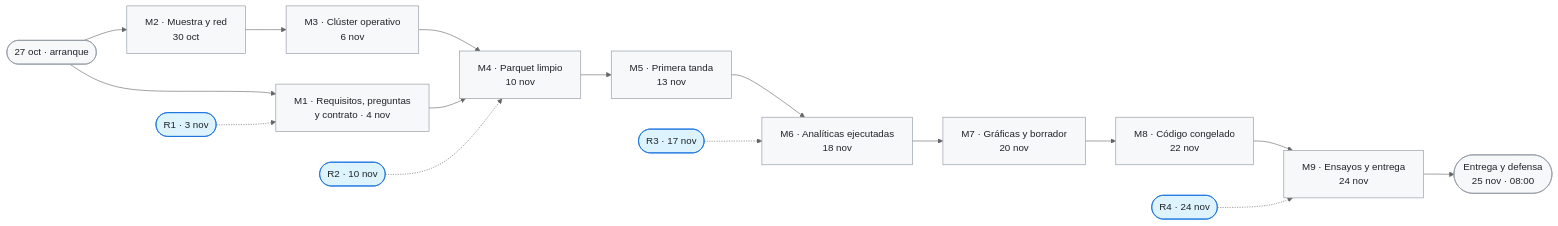
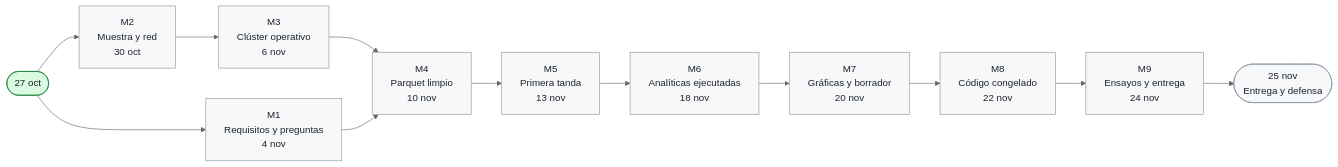
The third of 3 diagrams in issues.md (albertxestrada/BigData-OpenFoodFacts), drawn with Mermaid (neutral theme) before and after one commit. The commit also changed other lines of this file, not shown here.

First line of the commit message:
Simplificar issues.md: calendario por semanas, tres diagramas y preguntas por definir

````diff
--- a/issues.md
+++ b/issues.md
@@ -320,37 +161,28 @@
 ```mermaid
 flowchart LR
-    S(["27 oct · arranque"]) --> M1["M1 · Requisitos, preguntas<br/>y contrato · 4 nov"]
-    S --> M2["M2 · Muestra y red<br/>30 oct"]
-    M2 --> M3["M3 · Clúster operativo<br/>6 nov"]
-    M3 --> M4["M4 · Parquet limpio<br/>10 nov"]
+    S(["27 oct"]) --> M1["M1<br/>Requisitos y preguntas<br/>4 nov"]
+    S --> M2["M2<br/>Muestra y red<br/>30 oct"]
+    M2 --> M3["M3<br/>Clúster operativo<br/>6 nov"]
+    M3 --> M4["M4<br/>Parquet limpio<br/>10 nov"]
     M1 --> M4
-    M4 --> M5["M5 · Primera tanda<br/>13 nov"]
-    M5 --> M6["M6 · Analíticas ejecutadas<br/>18 nov"]
-    M6 --> M7["M7 · Gráficas y borrador<br/>20 nov"]
-    M7 --> M8["M8 · Código congelado<br/>22 nov"]
-    M8 --> M9["M9 · Ensayos y entrega<br/>24 nov"]
-    M9 --> FIN(["Entrega y defensa<br/>25 nov · 08:00"])
-    R1(["R1 · 3 nov"]) -.-> M1
-    R2(["R2 · 10 nov"]) -.-> M4
-    R3(["R3 · 17 nov"]) -.-> M6
-    R4(["R4 · 24 nov"]) -.-> M9
+    M4 --> M5["M5<br/>Primera tanda<br/>13 nov"]
+    M5 --> M6["M6<br/>Analíticas ejecutadas<br/>18 nov"]
+    M6 --> M7["M7<br/>Gráficas y borrador<br/>20 nov"]
+    M7 --> M8["M8<br/>Código congelado<br/>22 nov"]
+    M8 --> M9["M9<br/>Ensayos y entrega<br/>24 nov"]
+    M9 --> FIN(["25 nov<br/>Entrega y defensa"])
 
     classDef pendiente fill:#f6f8fa,stroke:#8c959f,color:#1f2328
     classDef hecho fill:#dafbe1,stroke:#1a7f37,color:#1f2328
-    classDef reunion fill:#ddf4ff,stroke:#0969da,color:#1f2328
-    class S pendiente
+    class S hecho
     class M1 pendiente
     class M2 pendiente
     class M3 pendiente
     class M4 pendiente
     class M5 pendiente
     class M6 pendiente
     class M7 pendiente
     class M8 pendiente
     class M9 pendiente
     class FIN pendiente
-    class R1 reunion
-    class R2 reunion
-    class R3 reunion
-    class R4 reunion
 ```
````
